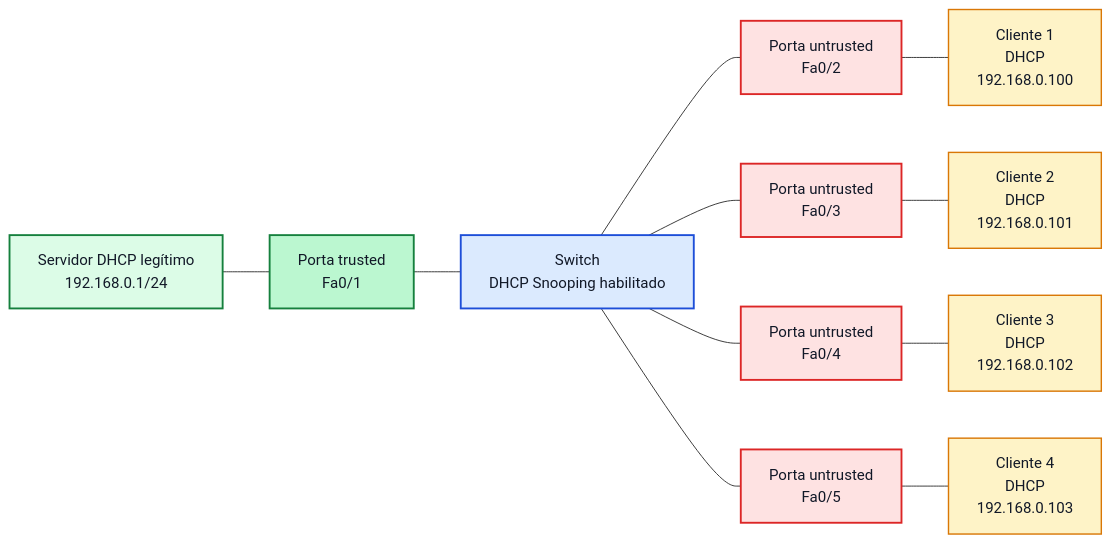
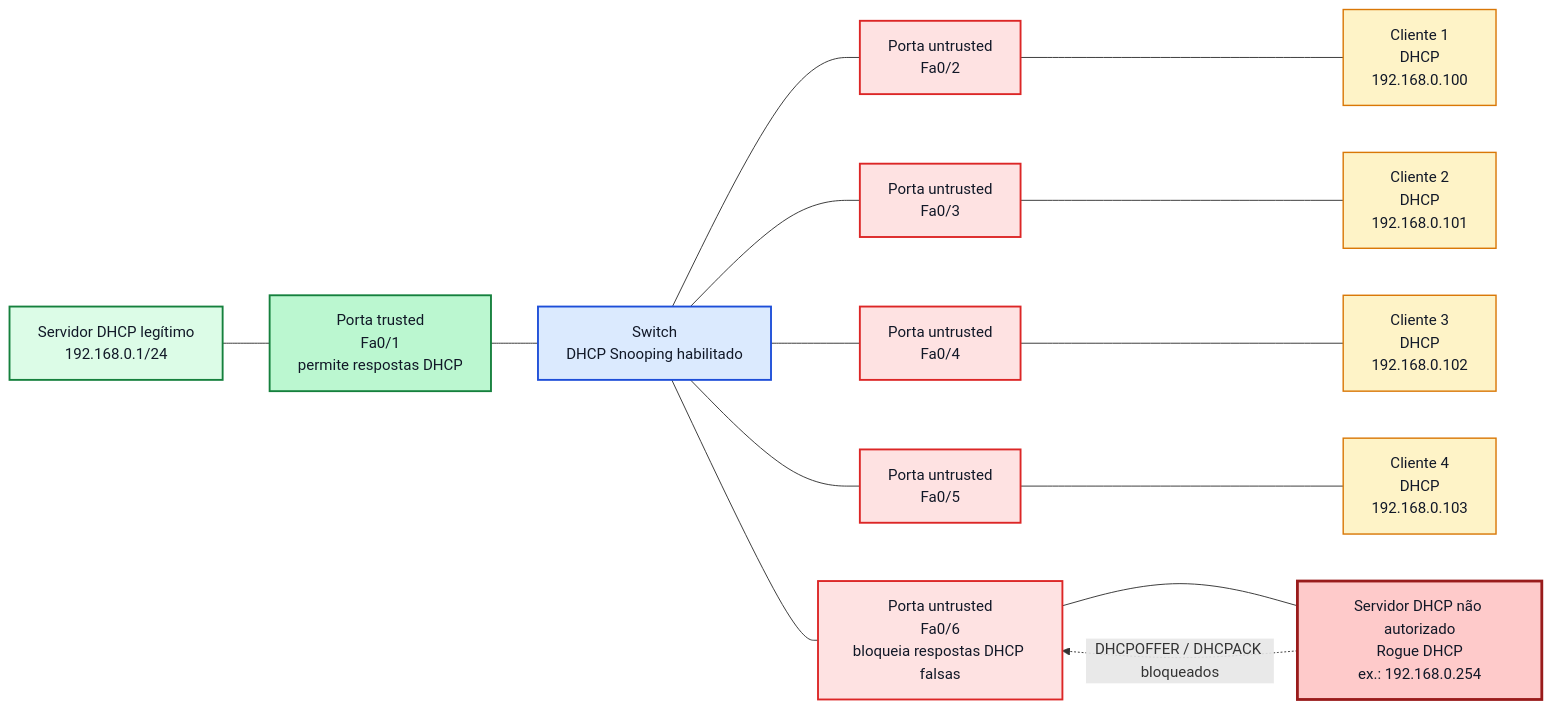
One commit to oficialvzi/PTR changed the second of 2 diagrams in labs/lab13B.md. Above: the diagram before and after it, drawn with Mermaid.

````diff
--- a/labs/lab13B.md
+++ b/labs/lab13B.md
@@ -408,37 +408,47 @@
 ```mermaid
 flowchart LR
     DHCP["Servidor DHCP legítimo<br/>192.168.0.1/24"]
 
-    P1["Porta trusted<br/>Fa0/1"]
+    P1["Porta trusted<br/>Fa0/1<br/>permite respostas DHCP"]
 
     SW["Switch<br/>DHCP Snooping habilitado"]
 
     P2["Porta untrusted<br/>Fa0/2"]
     P3["Porta untrusted<br/>Fa0/3"]
     P4["Porta untrusted<br/>Fa0/4"]
     P5["Porta untrusted<br/>Fa0/5"]
 
     C1["Cliente 1<br/>DHCP<br/>192.168.0.100"]
     C2["Cliente 2<br/>DHCP<br/>192.168.0.101"]
     C3["Cliente 3<br/>DHCP<br/>192.168.0.102"]
     C4["Cliente 4<br/>DHCP<br/>192.168.0.103"]
 
+    ROGUE["Servidor DHCP não autorizado<br/>Rogue DHCP<br/>ex.: 192.168.0.254"]
+
+    P6["Porta untrusted<br/>Fa0/6<br/>bloqueia respostas DHCP falsas"]
+
     DHCP --- P1 --- SW
 
     SW --- P2 --- C1
     SW --- P3 --- C2
     SW --- P4 --- C3
     SW --- P5 --- C4
 
+    SW --- P6 --- ROGUE
+
+    ROGUE -. "DHCPOFFER / DHCPACK bloqueados" .-> P6
+
     classDef server fill:#dcfce7,stroke:#15803d,color:#111827,stroke-width:2px;
     classDef trusted fill:#bbf7d0,stroke:#15803d,color:#111827,stroke-width:2px;
     classDef switch fill:#dbeafe,stroke:#1d4ed8,color:#111827,stroke-width:2px;
     classDef untrusted fill:#fee2e2,stroke:#dc2626,color:#111827,stroke-width:2px;
     classDef client fill:#fef3c7,stroke:#d97706,color:#111827,stroke-width:1.5px;
+    classDef rogue fill:#fecaca,stroke:#991b1b,color:#111827,stroke-width:3px;
 
     class DHCP server;
     class P1 trusted;
     class SW switch;
-    class P2,P3,P4,P5 untrusted;
+    class P2,P3,P4,P5,P6 untrusted;
     class C1,C2,C3,C4 client;
+    class ROGUE rogue;
 ```
````
